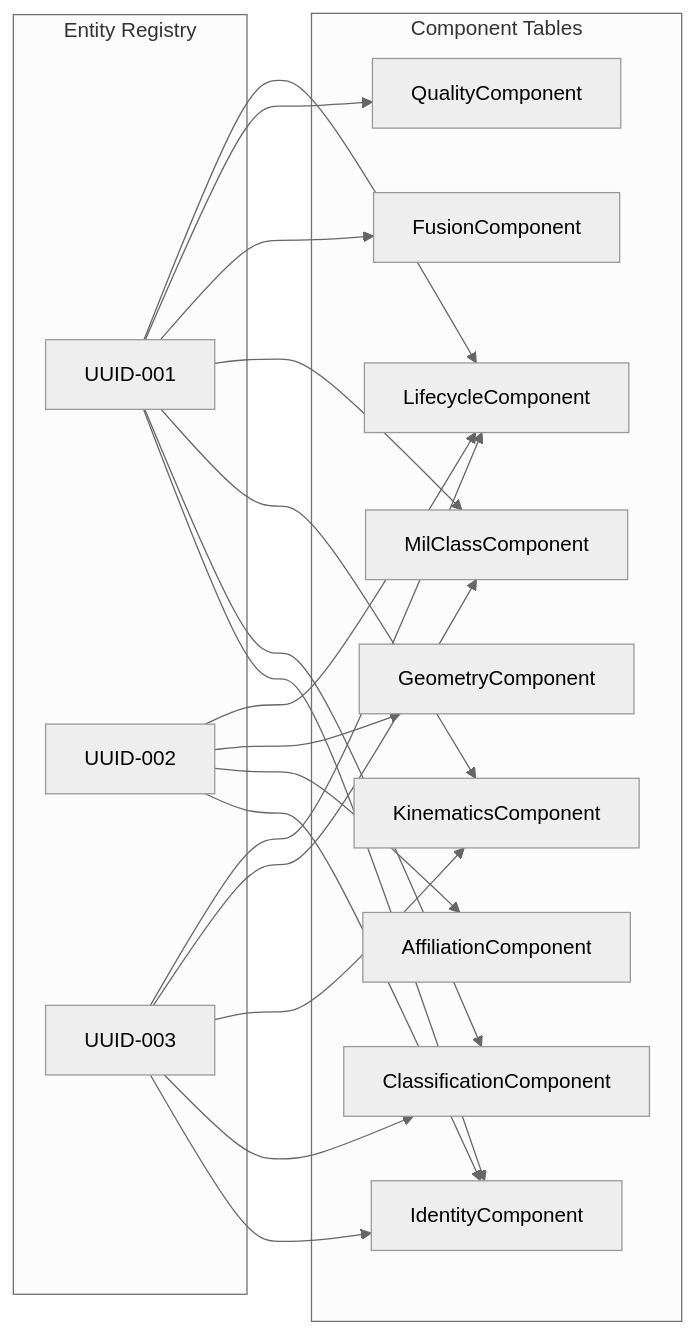
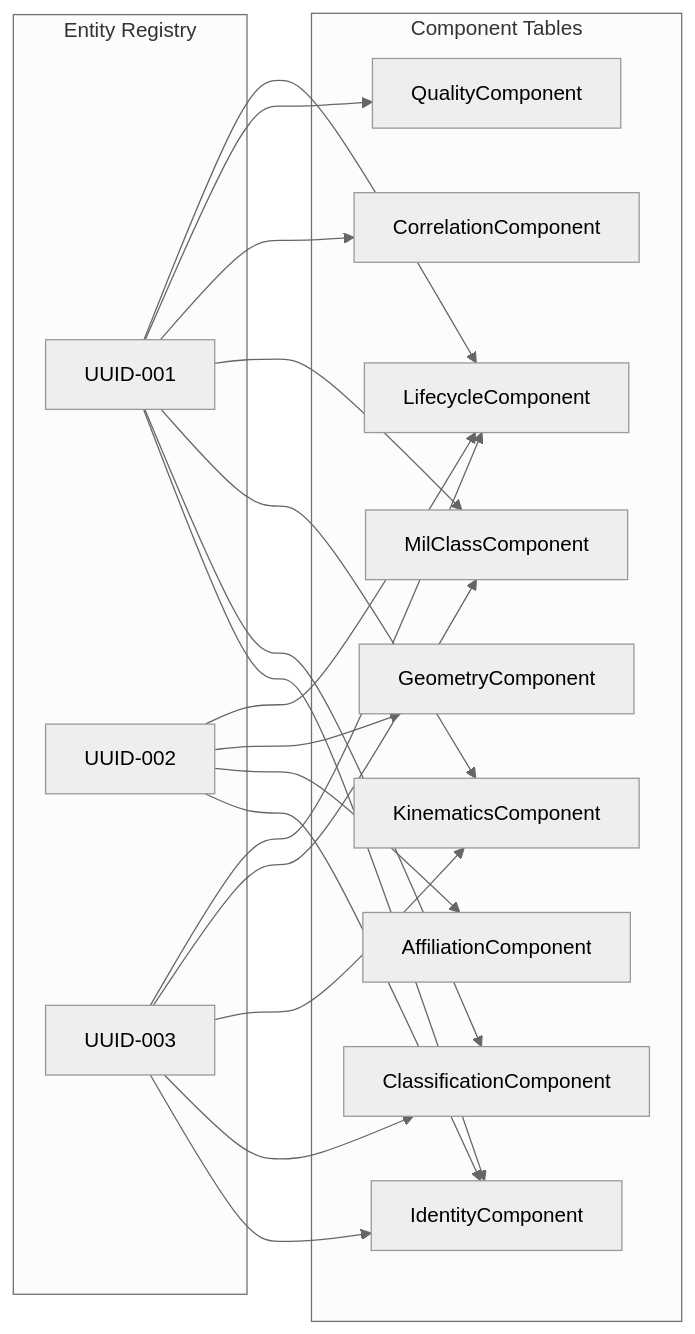
Before and after one commit to Ackoogin/mujin: the third of 16 diagrams in pyramid/tactical_objects/ARCHITECTURE.md, drawn with Mermaid (neutral theme). The commit also changed other lines of this file and 52 other files, not shown here.

````diff
--- a/pyramid/tactical_objects/ARCHITECTURE.md
+++ b/pyramid/tactical_objects/ARCHITECTURE.md
@@ -91,39 +91,39 @@
 ```mermaid
 graph LR
     subgraph Entity Registry
         E1[UUID-001]
         E2[UUID-002]
         E3[UUID-003]
     end
 
     subgraph Component Tables
         ID[IdentityComponent]
         CL[ClassificationComponent]
         AF[AffiliationComponent]
         KN[KinematicsComponent]
         MC2[MilClassComponent]
-        FC[FusionComponent]
+        FC[CorrelationComponent]
         GC[GeometryComponent]
         QC[QualityComponent]
         LC2[LifecycleComponent]
     end
 
     E1 --> ID
     E1 --> CL
     E1 --> KN
     E1 --> MC2
     E1 --> FC
     E1 --> QC
     E1 --> LC2
 
     E2 --> ID
     E2 --> AF
     E2 --> GC
     E2 --> LC2
 
     E3 --> ID
     E3 --> CL
     E3 --> KN
     E3 --> MC2
     E3 --> LC2
 ```
````
